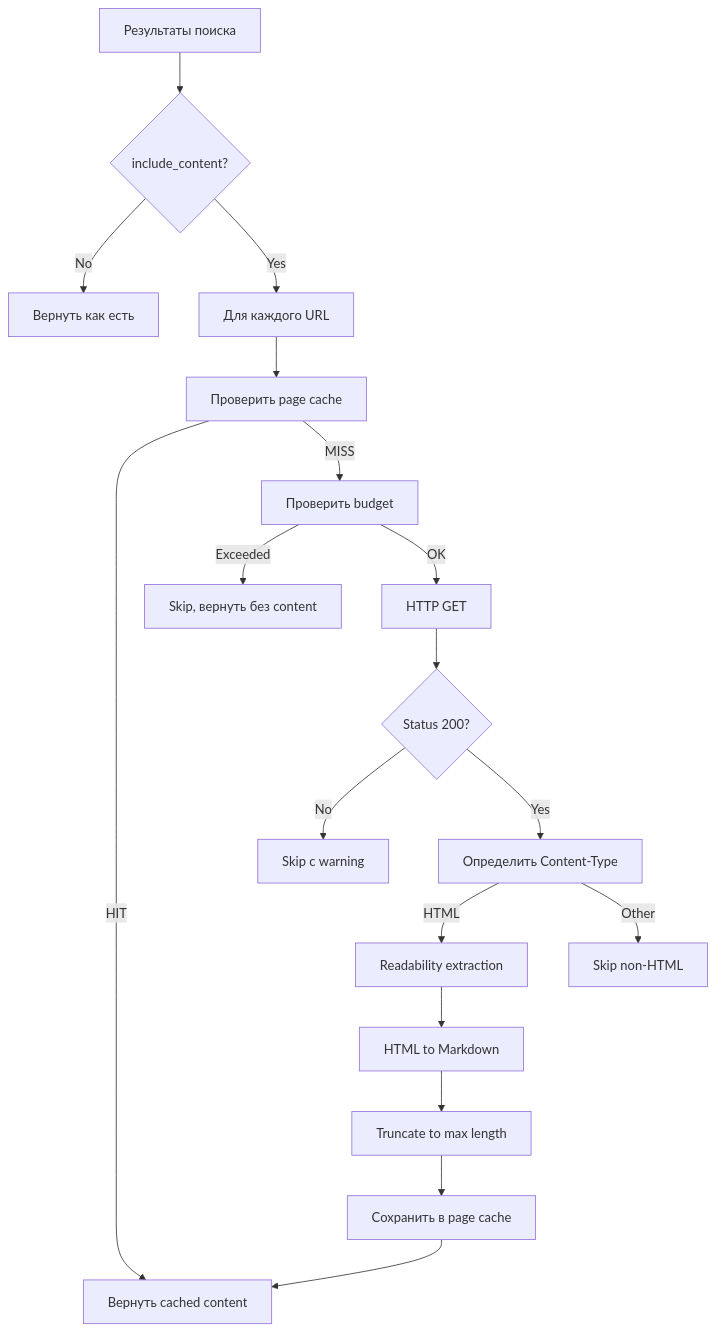
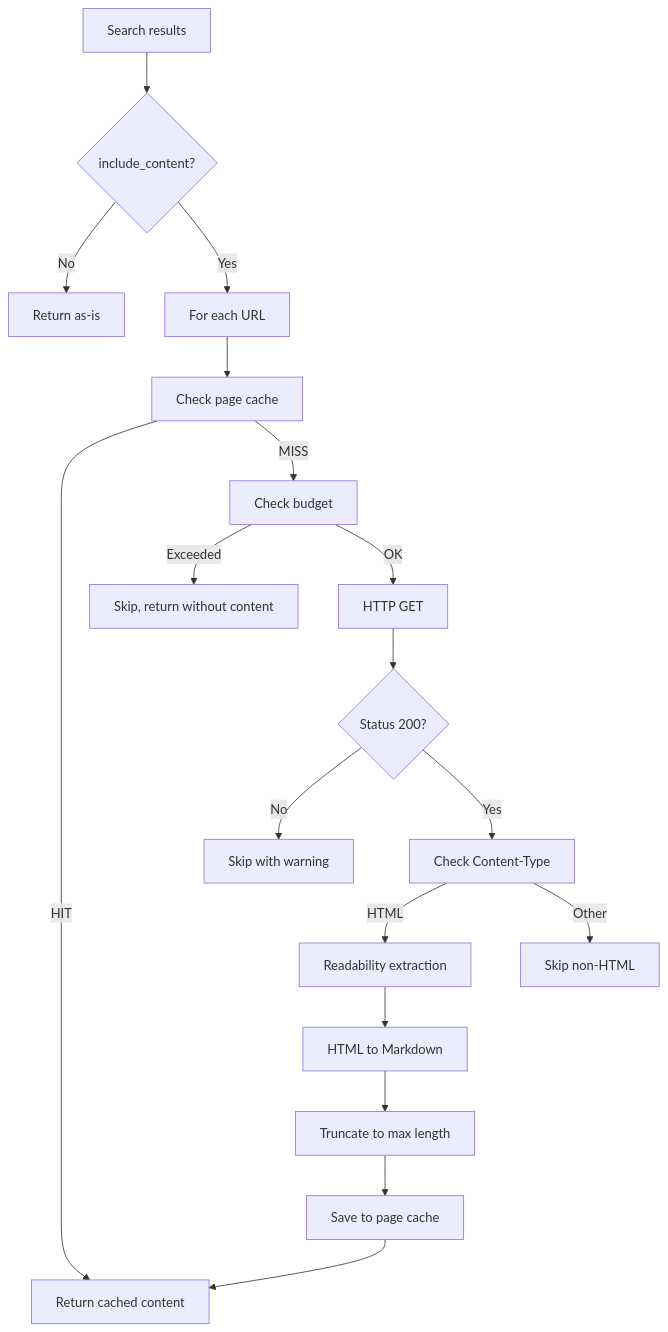
One commit to ilgizar-valiullin/mcp-web-hound changed the diagram in docs/fetch-layer.md. Above: the diagram before and after it, drawn with Mermaid. The commit also changed other lines of this file and 16 other files, not shown here.

````diff
--- a/docs/fetch-layer.md
+++ b/docs/fetch-layer.md
@@ -7,20 +7,20 @@
 ```mermaid
 flowchart TD
-    A[Результаты поиска] --> B{include_content?}
-    B -->|No| Z[Вернуть как есть]
-    B -->|Yes| C[Для каждого URL]
-    C --> D[Проверить page cache]
-    D -->|HIT| E[Вернуть cached content]
-    D -->|MISS| F[Проверить budget]
-    F -->|Exceeded| G[Skip, вернуть без content]
+    A[Search results] --> B{include_content?}
+    B -->|No| Z[Return as-is]
+    B -->|Yes| C[For each URL]
+    C --> D[Check page cache]
+    D -->|HIT| E[Return cached content]
+    D -->|MISS| F[Check budget]
+    F -->|Exceeded| G[Skip, return without content]
     F -->|OK| H[HTTP GET]
     H --> I{Status 200?}
-    I -->|No| J[Skip с warning]
-    I -->|Yes| K[Определить Content-Type]
+    I -->|No| J[Skip with warning]
+    I -->|Yes| K[Check Content-Type]
     K -->|HTML| L[Readability extraction]
     K -->|Other| M[Skip non-HTML]
     L --> N[HTML to Markdown]
     N --> O[Truncate to max length]
-    O --> P[Сохранить в page cache]
+    O --> P[Save to page cache]
     P --> E
 ```
````
